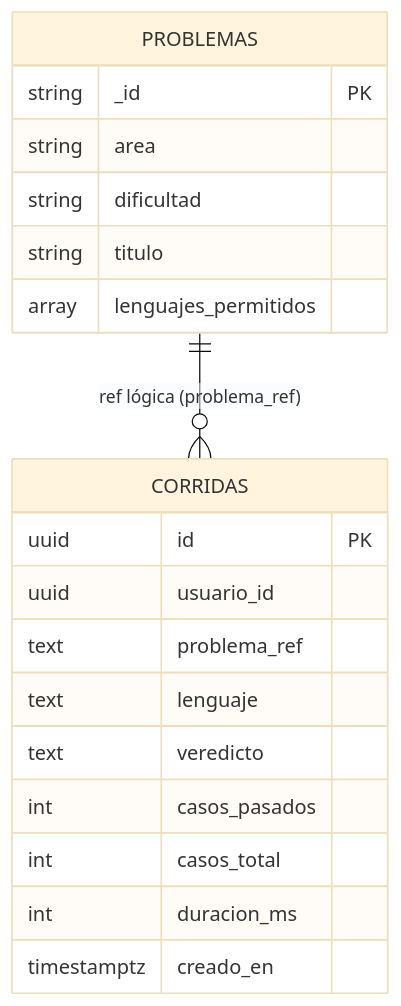
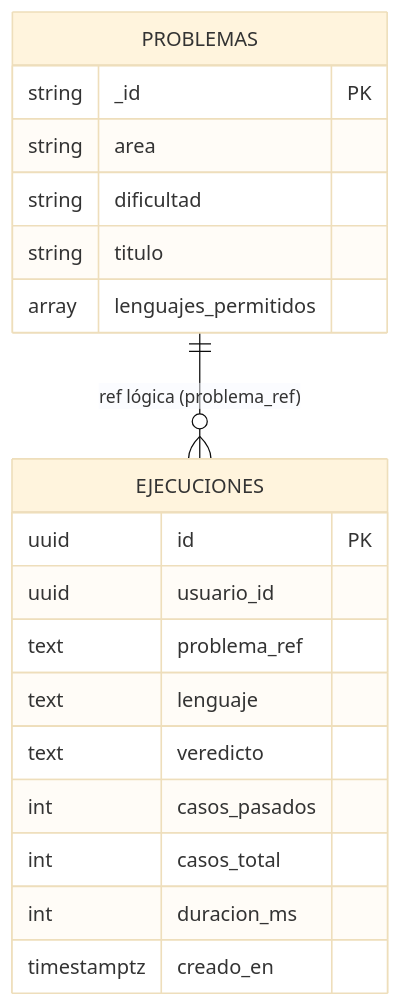
One commit to Diegomed11/CertReady changed the third of 5 diagrams in docs/proyecto4-olap-etl.md. Above: the diagram before and after it, drawn with Mermaid (base theme). The commit also changed other lines of this file and 47 other files, not shown here.

````diff
--- a/docs/proyecto4-olap-etl.md
+++ b/docs/proyecto4-olap-etl.md
@@ -147,23 +147,23 @@
 ```mermaid
 erDiagram
-  PROBLEMAS ||--o{ CORRIDAS : "ref lógica (problema_ref)"
+  PROBLEMAS ||--o{ EJECUCIONES : "ref lógica (problema_ref)"
 
-  CORRIDAS {
+  EJECUCIONES {
     uuid id PK
     uuid usuario_id
     text problema_ref
     text lenguaje
     text veredicto
     int  casos_pasados
     int  casos_total
     int  duracion_ms
     timestamptz creado_en
   }
   PROBLEMAS {
     string _id PK
     string area
     string dificultad
     string titulo
     array  lenguajes_permitidos
   }
 ```
````
